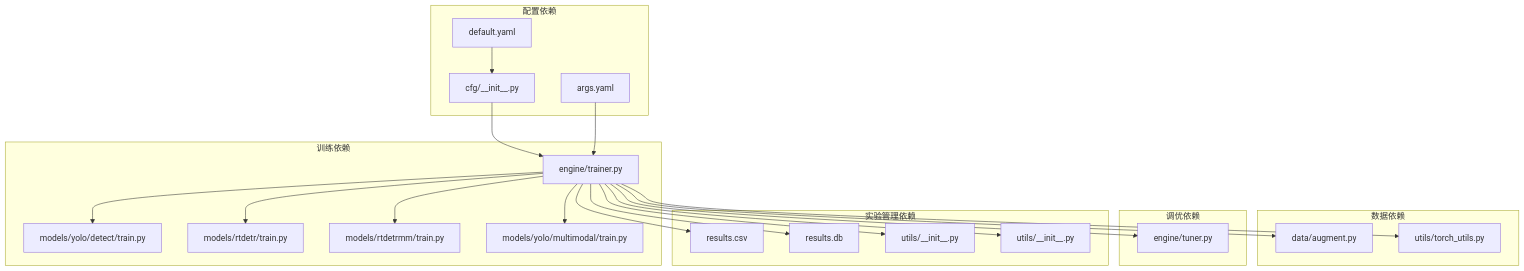
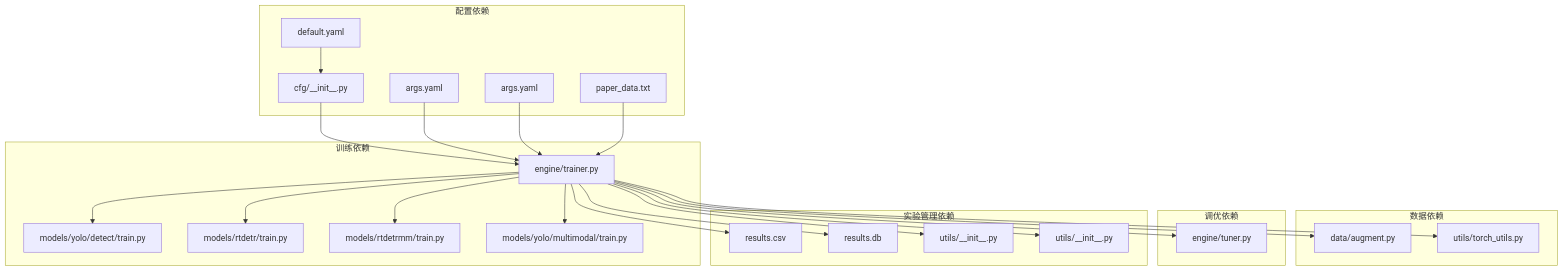
One commit to 2208754827/MM-IMPROVE changed diagram 12 of 12 in .qoder/repowiki/zh/content/模型配置与管理/训练配置管理/训练配置管理.md. Above: the diagram before and after it, drawn with Mermaid. The commit also changed other lines of this file and 151 other files, not shown here.

````diff
--- a/.qoder/repowiki/zh/content/模型配置与管理/训练配置管理/训练配置管理.md
+++ b/.qoder/repowiki/zh/content/模型配置与管理/训练配置管理/训练配置管理.md
@@ -612,42 +713,46 @@
 ```mermaid
 graph TB
 subgraph "配置依赖"
 DEFAULT_YAML[default.yaml]
 CFG_INIT[cfg/__init__.py]
 END_TEST[args.yaml]
+DEBUG_TEST[args.yaml]
+PERF_VAL[paper_data.txt]
 end
 subgraph "训练依赖"
 BASE_TRAINER[engine/trainer.py]
 DETECT_TRAIN[models/yolo/detect/train.py]
 RTDETR_TRAIN[models/rtdetr/train.py]
 RTDETRMM_TRAIN[models/rtdetrmm/train.py]
 YOLO_MM_TRAIN[models/yolo/multimodal/train.py]
 end
 subgraph "数据依赖"
 AUGMENT[data/augment.py]
 TORCH_UTILS[utils/torch_utils.py]
 end
 subgraph "调优依赖"
 TUNER[engine/tuner.py]
 end
 subgraph "实验管理依赖"
 RESULTS_CSV[results.csv]
 RESULTS_SQL[results.db]
 RESULTS_HTML[utils/__init__.py]
 RESULTS_JSON[utils/__init__.py]
 end
 DEFAULT_YAML --> CFG_INIT
 CFG_INIT --> BASE_TRAINER
 BASE_TRAINER --> DETECT_TRAIN
 BASE_TRAINER --> RTDETR_TRAIN
 BASE_TRAINER --> RTDETRMM_TRAIN
 BASE_TRAINER --> YOLO_MM_TRAIN
 BASE_TRAINER --> AUGMENT
 BASE_TRAINER --> TORCH_UTILS
 BASE_TRAINER --> TUNER
 BASE_TRAINER --> RESULTS_CSV
 BASE_TRAINER --> RESULTS_SQL
 BASE_TRAINER --> RESULTS_HTML
 BASE_TRAINER --> RESULTS_JSON
 END_TEST --> BASE_TRAINER
+DEBUG_TEST --> BASE_TRAINER
+PERF_VAL --> BASE_TRAINER
 ```
````
